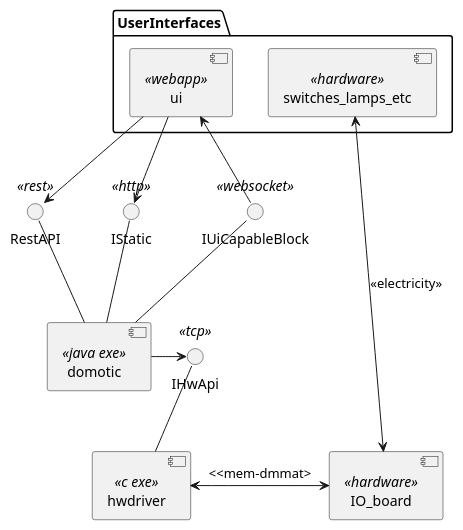
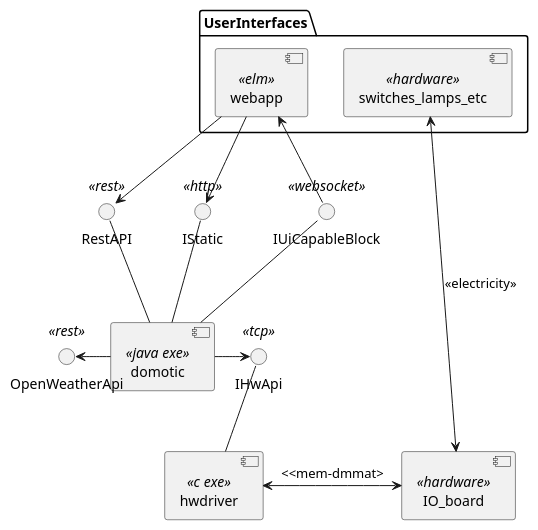
Before and after one commit to dvaneynde/home-automation: the first of 8 diagrams in DESIGN.md, drawn with PlantUML. The commit also changed other lines of this file and 1 other file, not shown here.

````diff
--- a/DESIGN.md
+++ b/DESIGN.md
@@ -92,30 +103,33 @@
 ```plantuml
 @startuml "Functional View"
 
 package UserInterfaces {
-    component ui <<webapp>>
+    component webapp <<elm>>
     component switches_lamps_etc <<hardware>>
 }
 
 component domotic <<java exe>> 
 interface RestAPI <<rest>>
 interface IStatic <<http>>
 interface IUiCapableBlock <<websocket>>
 RestAPI -- domotic
 IStatic -- domotic
 IUiCapableBlock -- domotic
-ui --> IStatic
-ui --> RestAPI 
-ui <-- IUiCapableBlock 
+webapp --> IStatic
+webapp --> RestAPI 
+webapp <-- IUiCapableBlock 
+
+interface OpenWeatherApi <<rest>>
+OpenWeatherApi <- domotic
 
 component hwdriver <<c exe>>
 interface IHwApi <<tcp>>
 domotic -> IHwApi
 IHwApi -- hwdriver
 
 component IO_board <<hardware>>
 hwdriver <-> IO_board : <<mem-dmmat>
 
 switches_lamps_etc <--> IO_board : <<electricity>>
 @enduml
 ```
````
